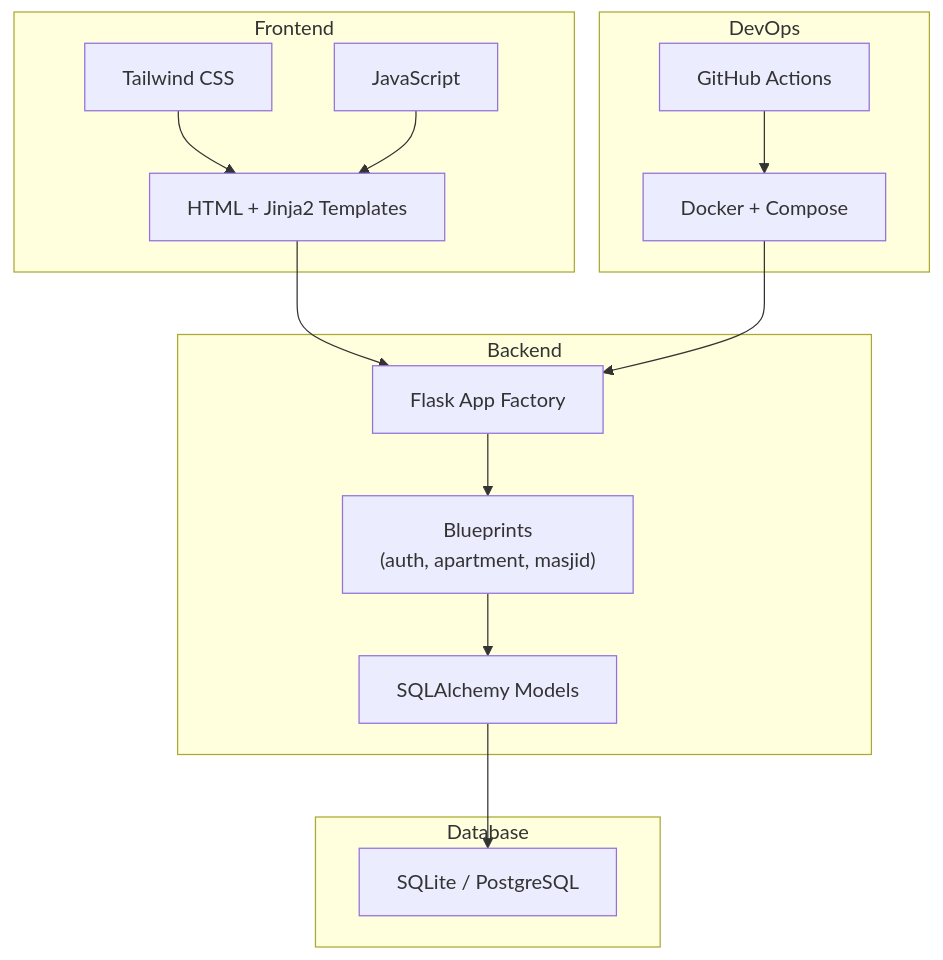
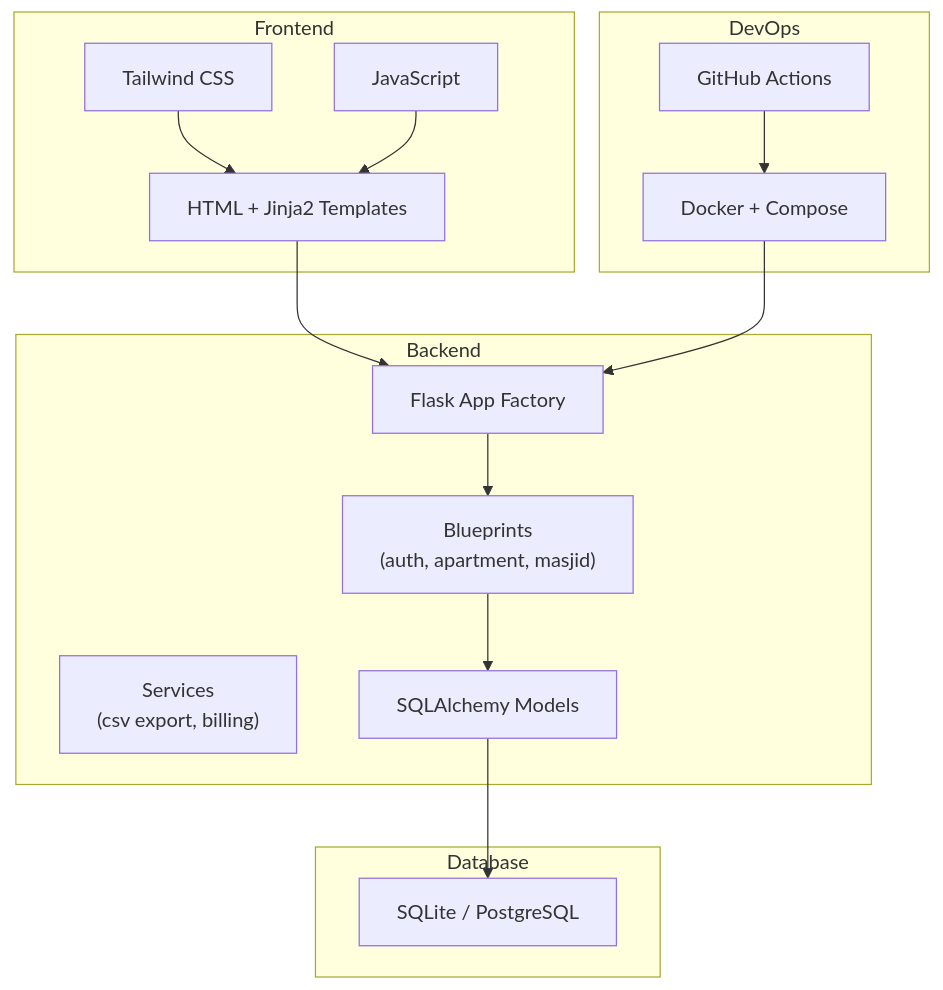
Before and after one commit to dev-mbi/apartment: the second of 4 diagrams in GRAPHIFY.md, drawn with Mermaid. The commit also changed other lines of this file and 8 other files, not shown here.

Commit message:
add receipt, CSV export, dashboard bill stats, update docs

````diff
--- a/GRAPHIFY.md
+++ b/GRAPHIFY.md
@@ -81,32 +97,33 @@
 ```mermaid
 graph TD
     subgraph "Frontend"
         HTML["HTML + Jinja2 Templates"]
         CSS["Tailwind CSS"]
         JS["JavaScript"]
     end
 
     subgraph "Backend"
         Flask["Flask App Factory"]
         Blueprints["Blueprints<br/>(auth, apartment, masjid)"]
+        Services["Services<br/>(csv export, billing)"]
         Models["SQLAlchemy Models"]
     end
 
     subgraph "Database"
         SQLite["SQLite / PostgreSQL"]
     end
 
     subgraph "DevOps"
         Docker["Docker + Compose"]
         CI["GitHub Actions"]
     end
 
     HTML --> Flask
     CSS --> HTML
     JS --> HTML
     Flask --> Blueprints
     Blueprints --> Models
     Models --> SQLite
     Docker --> Flask
     CI --> Docker
 ```
````
